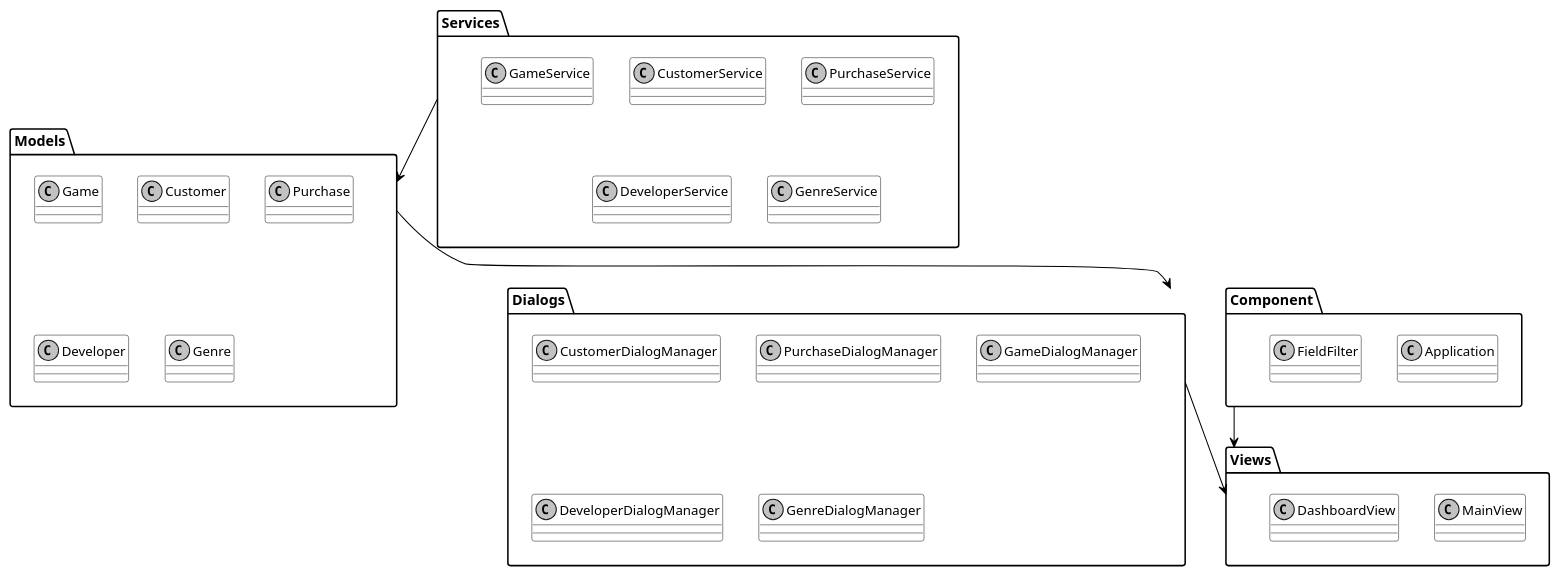
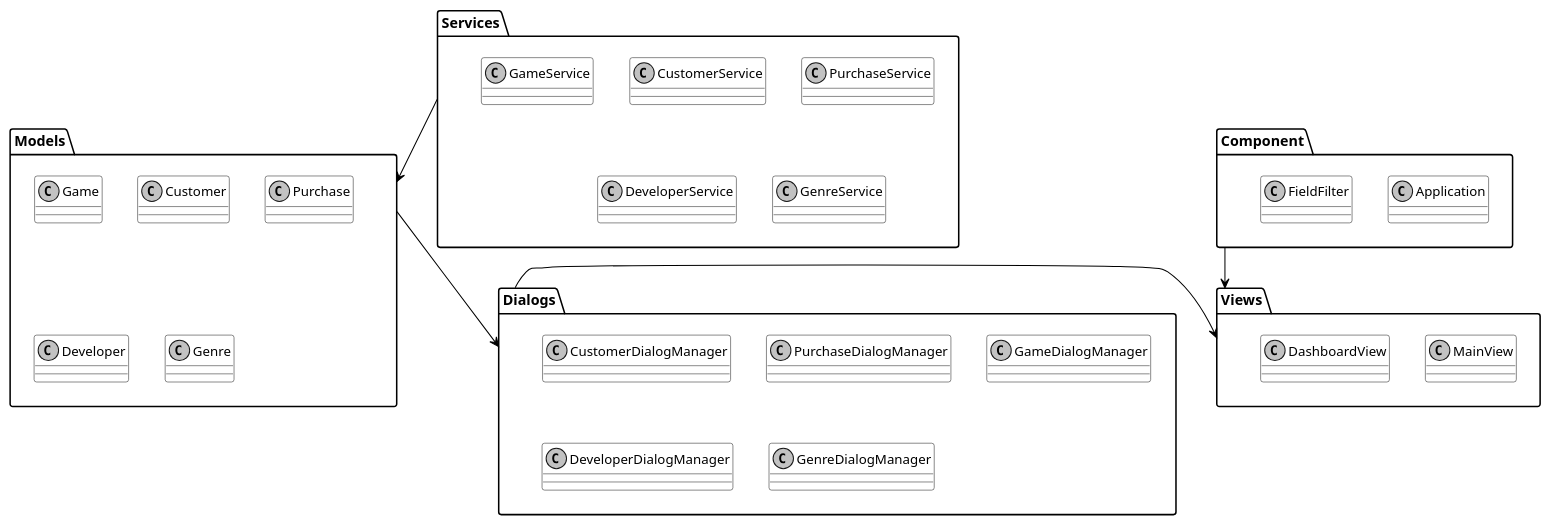
One commit to nastolbov/java changed the diagram in module_structure.puml. Above: the diagram before and after it, drawn with PlantUML. The commit also changed 1 other file, not shown here.

Commit message:
Fix Dialogs->Views arrow with explicit directions
https://claude.ai/code/session_01HxFi9w1TCfk5sB3VMjfhJ4

```diff
--- a/module_structure.puml
+++ b/module_structure.puml
@@ -1,51 +1,51 @@
 @startuml ModuleStructure
 skinparam monochrome true
 skinparam shadowing false
 skinparam defaultFontName Arial
 skinparam defaultFontSize 13
 skinparam packageFontSize 14
 skinparam packageFontStyle bold
 skinparam classBackgroundColor #FFFFFF
 skinparam packageBackgroundColor #FFFFFF
 skinparam ArrowColor #000000
 
 package "Services" {
   class CustomerService
   class PurchaseService
   class GameService
   class DeveloperService
   class GenreService
 }
 
 package "Models" {
   class Game
   class Customer
   class Purchase
   class Developer
   class Genre
 }
 
 package "Dialogs" {
   class CustomerDialogManager
   class PurchaseDialogManager
   class GameDialogManager
   class DeveloperDialogManager
   class GenreDialogManager
 }
 
 package "Component" {
   class Application
   class FieldFilter
 }
 
 package "Views" {
   class MainView
   class DashboardView
 }
 
-Services --> Models
-Models --> Dialogs
-Dialogs --> Views
-Component --> Views
+Services -down-> Models
+Models -down-> Dialogs
+Dialogs -right-> Views
+Component -down-> Views
 
 @enduml
```
